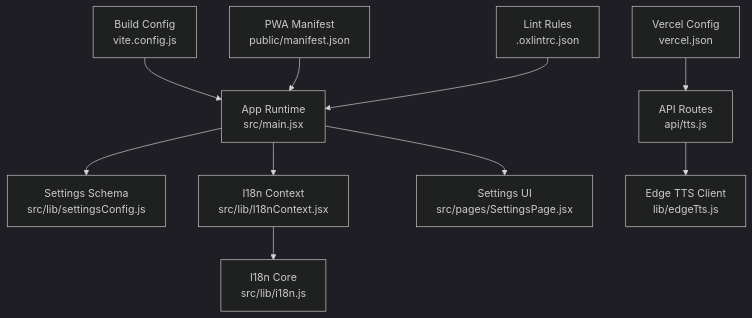
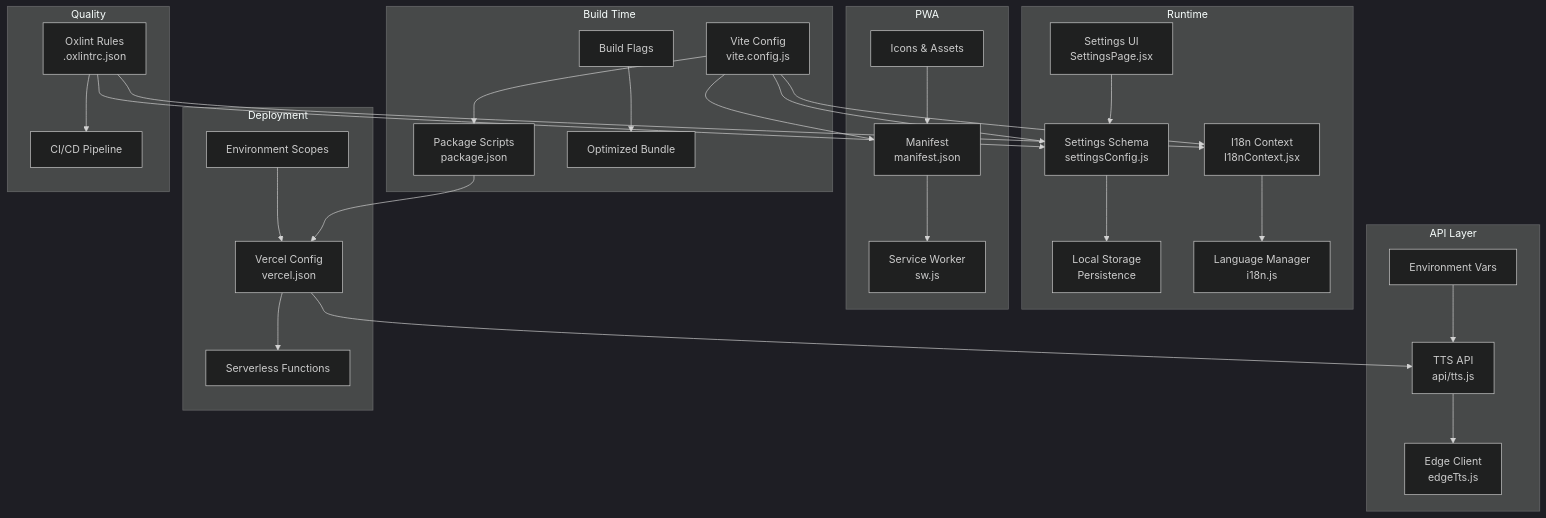
Before and after one commit to zmyeo54/briefroom: the first of 4 diagrams in .qoder/repowiki/en/content/Configuration & Customization.md, drawn with Mermaid (dark theme). The commit also changed other lines of this file and 5 other files, not shown here.

````diff
--- a/.qoder/repowiki/en/content/Configuration & Customization.md
+++ b/.qoder/repowiki/en/content/Configuration & Customization.md
@@ -43,12 +86,34 @@
 ```mermaid
 graph TB
-A["Build Config<br/>vite.config.js"] --> B["App Runtime<br/>src/main.jsx"]
-B --> C["Settings Schema<br/>src/lib/settingsConfig.js"]
-B --> D["I18n Context<br/>src/lib/I18nContext.jsx"]
-D --> E["I18n Core<br/>src/lib/i18n.js"]
-B --> F["Settings UI<br/>src/pages/SettingsPage.jsx"]
-G["PWA Manifest<br/>public/manifest.json"] --> B
-H["Vercel Config<br/>vercel.json"] --> I["API Routes<br/>api/tts.js"]
-I --> J["Edge TTS Client<br/>lib/edgeTts.js"]
-K["Lint Rules<br/>.oxlintrc.json"] --> B
+subgraph "Build Time"
+A["Vite Config<br/>vite.config.js"] --> B["Package Scripts<br/>package.json"]
+C["Build Flags"] --> D["Optimized Bundle"]
+end
+subgraph "Runtime"
+E["Settings Schema<br/>settingsConfig.js"] --> F["Local Storage<br/>Persistence"]
+G["I18n Context<br/>I18nContext.jsx"] --> H["Language Manager<br/>i18n.js"]
+I["Settings UI<br/>SettingsPage.jsx"] --> E
+end
+subgraph "API Layer"
+J["TTS API<br/>api/tts.js"] --> K["Edge Client<br/>edgeTts.js"]
+L["Environment Vars"] --> J
+end
+subgraph "PWA"
+M["Manifest<br/>manifest.json"] --> N["Service Worker<br/>sw.js"]
+O["Icons & Assets"] --> M
+end
+subgraph "Deployment"
+P["Vercel Config<br/>vercel.json"] --> Q["Serverless Functions"]
+R["Environment Scopes"] --> P
+end
+subgraph "Quality"
+S["Oxlint Rules<br/>.oxlintrc.json"] --> T["CI/CD Pipeline"]
+end
+A --> E
+A --> G
+A --> M
+B --> P
+P --> J
+S --> E
+S --> G
 ```
````
